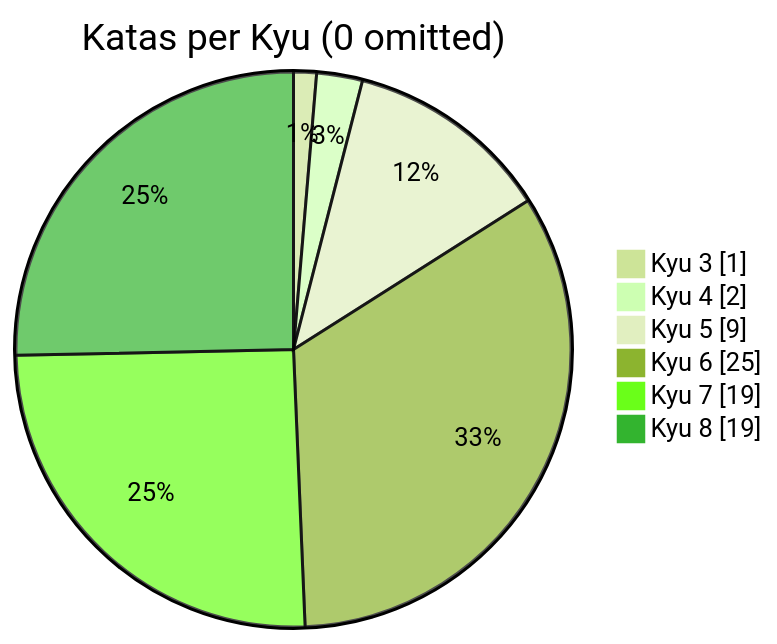
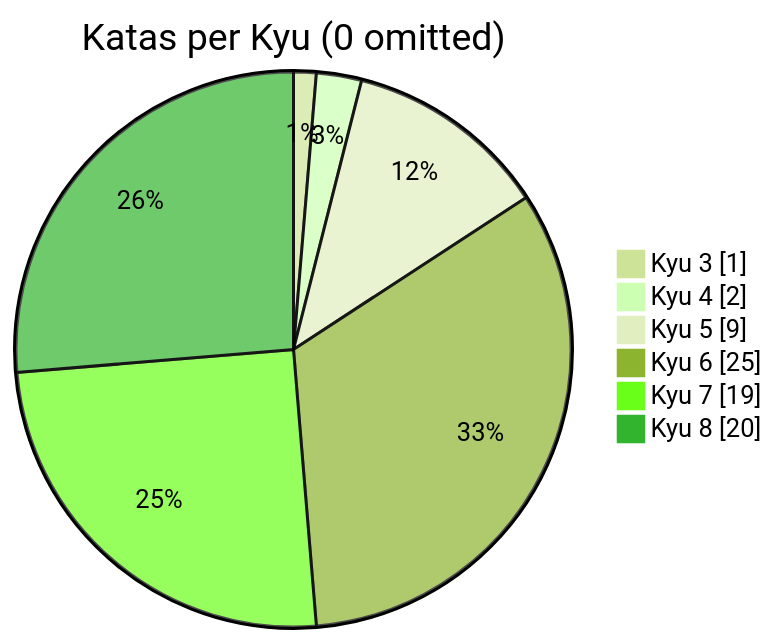
The diagram in README.md (MauricioLudwig/codewars-typescript), drawn with Mermaid (forest theme) before and after one commit. The commit also changed other lines of this file, not shown here.

````diff
--- a/README.md
+++ b/README.md
@@ -21,10 +21,10 @@
 ```mermaid
 pie showData
     title Katas per Kyu (0 omitted)
 	"Kyu 3": 1
 	"Kyu 4": 2
 	"Kyu 5": 9
 	"Kyu 6": 25
 	"Kyu 7": 19
-	"Kyu 8": 19
+	"Kyu 8": 20
 ```
````
